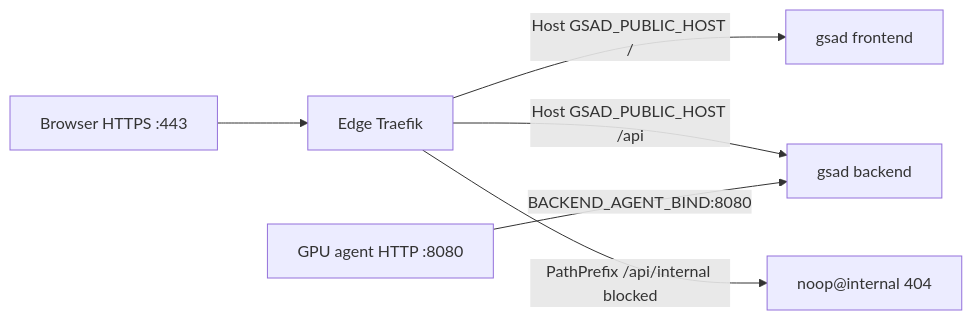
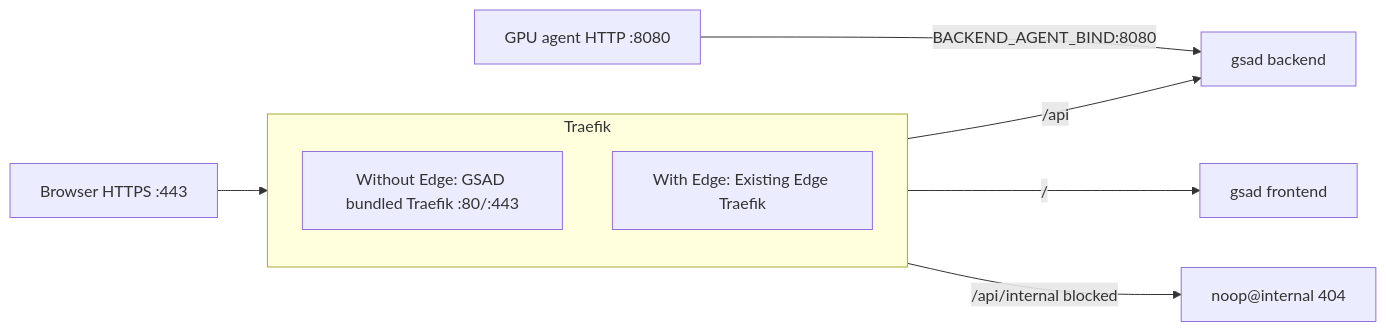
The diagram in docs/external-traefik.md (zeroDtree/server-manager), drawn with Mermaid before and after one commit. The commit also changed other lines of this file and 17 other files, not shown here.

````diff
--- a/docs/external-traefik.md
+++ b/docs/external-traefik.md
@@ -15,14 +9,20 @@
 ```mermaid
 flowchart LR
   Browser["Browser HTTPS :443"]
-  EdgeTraefik["Edge Traefik"]
+  Agent["GPU agent HTTP :8080"]
+
+  subgraph traefik [Traefik]
+    BundledTraefik["Without Edge: GSAD bundled Traefik :80/:443"]
+    EdgeTraefik["With Edge: Existing Edge Traefik"]
+  end
+
   Frontend["gsad frontend"]
   Backend["gsad backend"]
-  Agent["GPU agent HTTP :8080"]
+  Noop["noop@internal 404"]
 
-  Browser --> EdgeTraefik
-  EdgeTraefik -->|"Host GSAD_PUBLIC_HOST /"| Frontend
-  EdgeTraefik -->|"Host GSAD_PUBLIC_HOST /api"| Backend
-  EdgeTraefik -->|"PathPrefix /api/internal blocked"| Noop["noop@internal 404"]
+  Browser --> traefik
+  traefik -->|"/api"| Backend
+  traefik -->|"/"| Frontend
+  traefik -->|"/api/internal blocked"| Noop
   Agent -->|"BACKEND_AGENT_BIND:8080"| Backend
 ```
````
